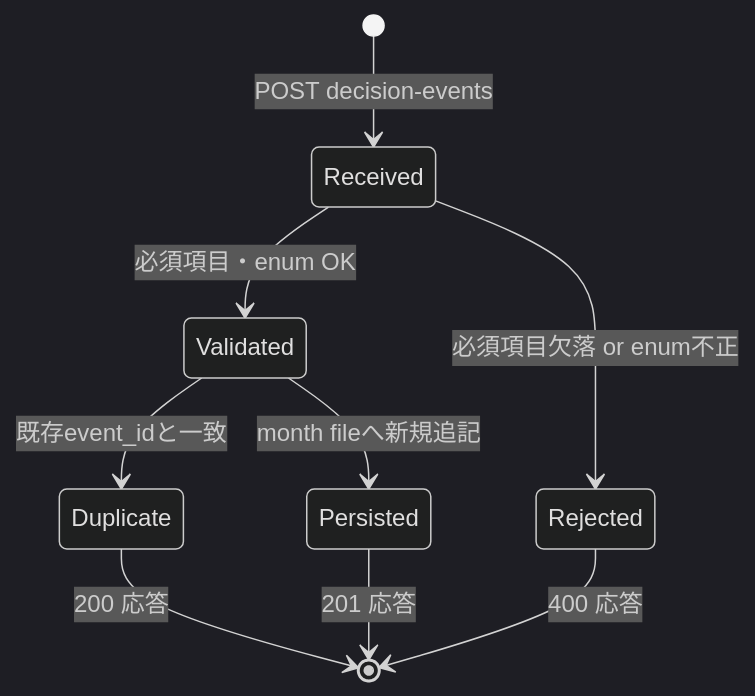
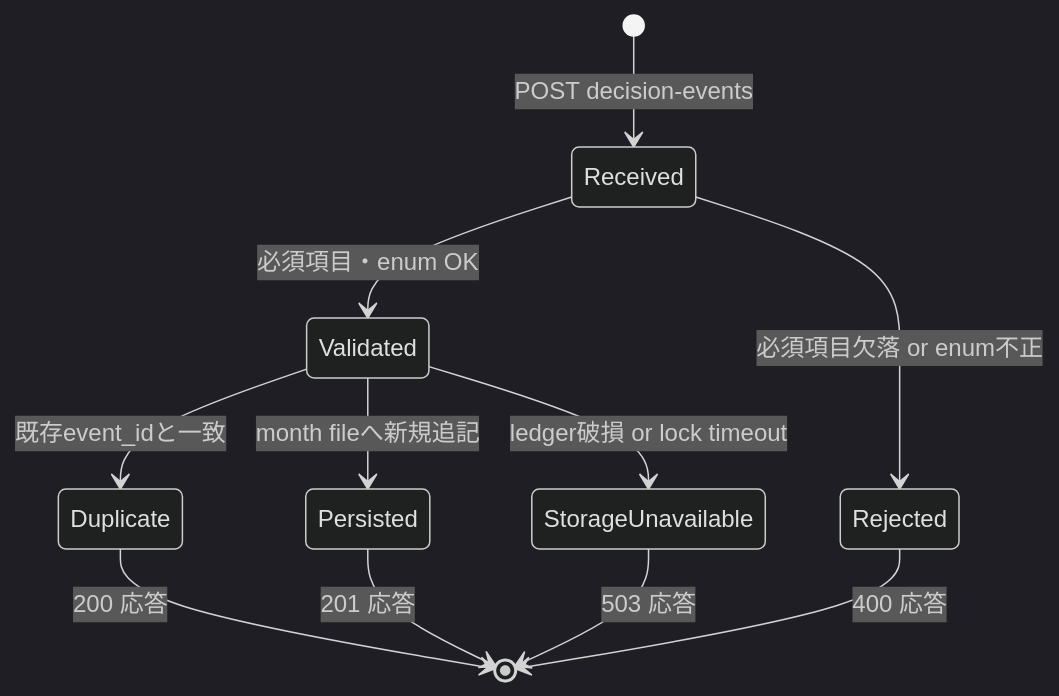
One commit to Unson-LLC/brainbase changed the second of 3 diagrams in docs/architecture/decision-events-kpi-architecture.md. Above: the diagram before and after it, drawn with Mermaid (dark theme). The commit also changed other lines of this file and 8 other files, not shown here.

````diff
--- a/docs/architecture/decision-events-kpi-architecture.md
+++ b/docs/architecture/decision-events-kpi-architecture.md
@@ -22,11 +25,13 @@
 ```mermaid
 stateDiagram-v2
   [*] --> Received: POST decision-events
   Received --> Validated: 必須項目・enum OK
   Received --> Rejected: 必須項目欠落 or enum不正
   Validated --> Duplicate: 既存event_idと一致
   Validated --> Persisted: month fileへ新規追記
+  Validated --> StorageUnavailable: ledger破損 or lock timeout
   Duplicate --> [*]: 200 応答
   Persisted --> [*]: 201 応答
   Rejected --> [*]: 400 応答
+  StorageUnavailable --> [*]: 503 応答
 ```
````
